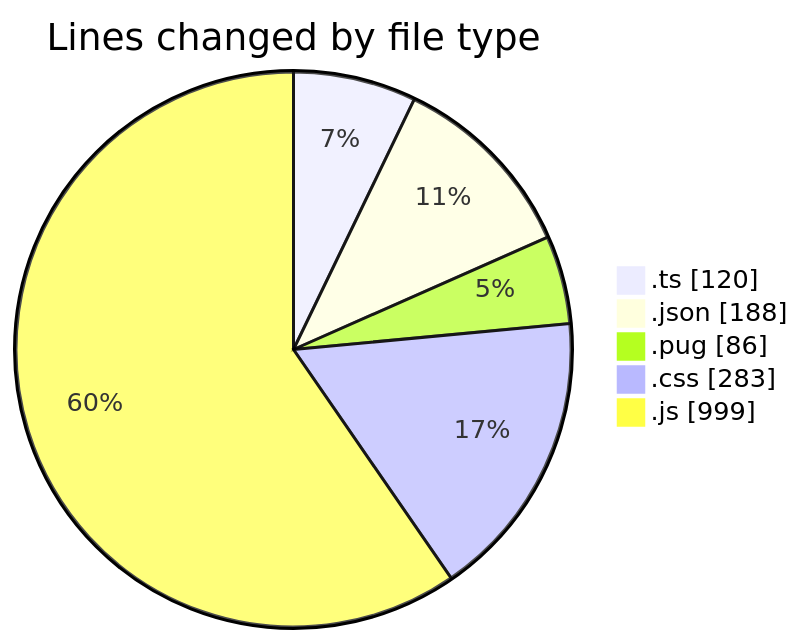
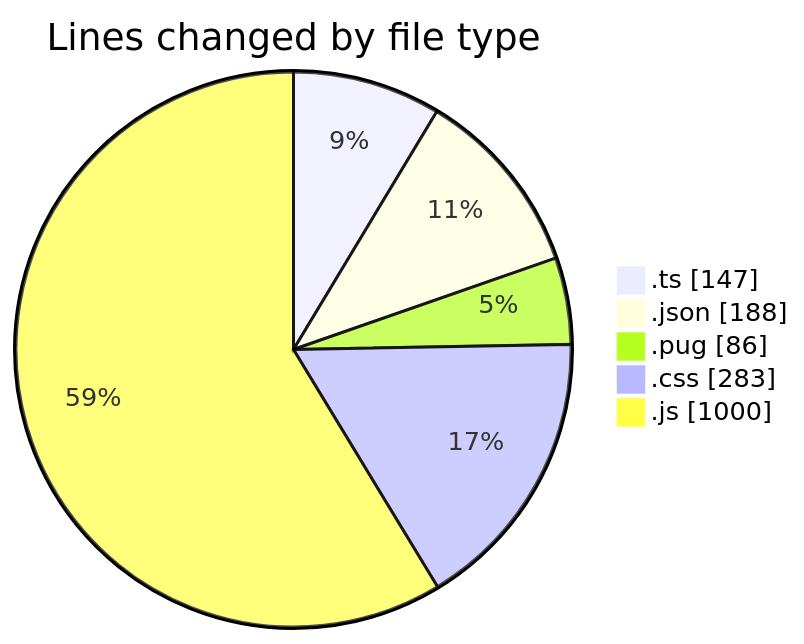
Before and after one commit to momahboobian/code-tracking: the first of 2 diagrams in 2025-02-24/cda/README.md, drawn with Mermaid. The commit also changed other lines of this file and 1 other file, not shown here.

````diff
--- a/2025-02-24/cda/README.md
+++ b/2025-02-24/cda/README.md
@@ -34,9 +35,9 @@
 ```mermaid
 pie showData
 title Lines changed by file type
-".ts" : 120
+".ts" : 147
 ".json" : 188
 ".pug" : 86
 ".css" : 283
-".js" : 999
+".js" : 1000
 ```
````
